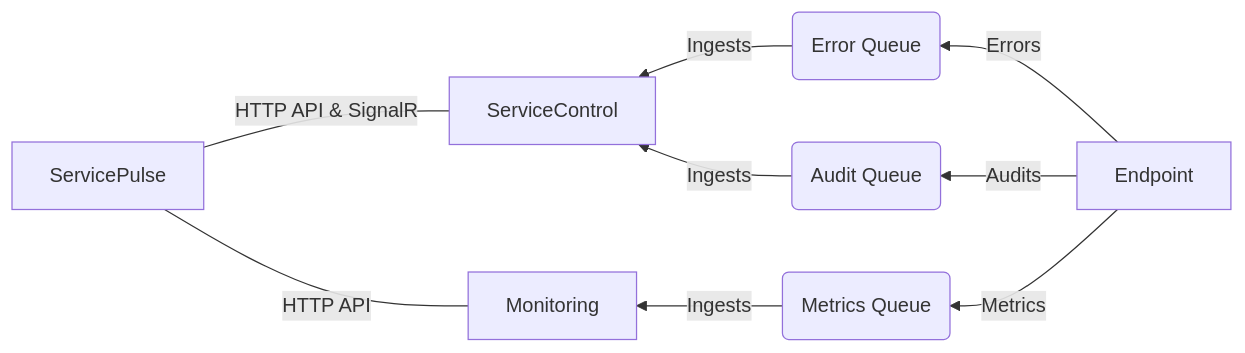
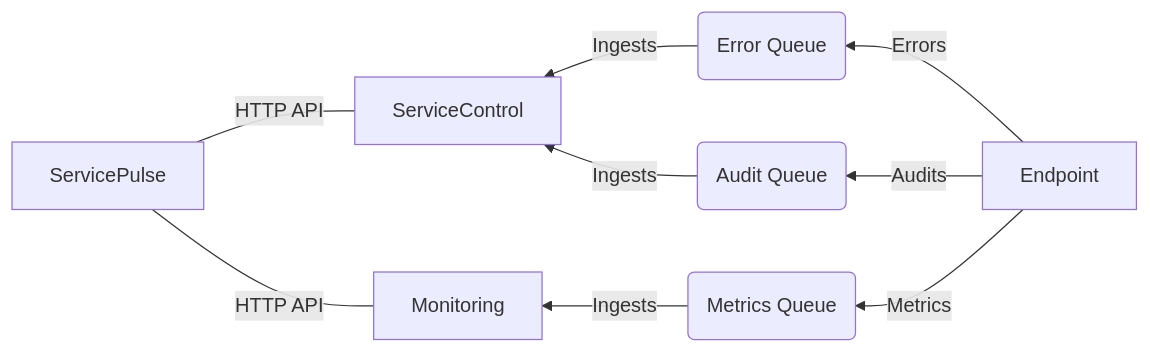
One commit to Particular/docs.particular.net changed the diagram in servicepulse/index.md. Above: the diagram before and after it, drawn with Mermaid. The commit also changed other lines of this file, not shown here.

````diff
--- a/servicepulse/index.md
+++ b/servicepulse/index.md
@@ -26,11 +23,11 @@
 ```mermaid
 graph RL
 EP[Endpoint]-- Errors -->EQ
 EP-- Audits -->AQ
 EP-- Metrics -->MQ
 EQ(Error Queue)-- Ingests -->SC
 MQ(Metrics Queue)-- Ingests -->SCM
 AQ(Audit Queue)-- Ingests -->SC
-SC[ServiceControl]-- HTTP API & SignalR ---SP
+SC[ServiceControl]-- HTTP API ---SP
 SCM[Monitoring]-- HTTP API ---SP[ServicePulse]
 ```
````
